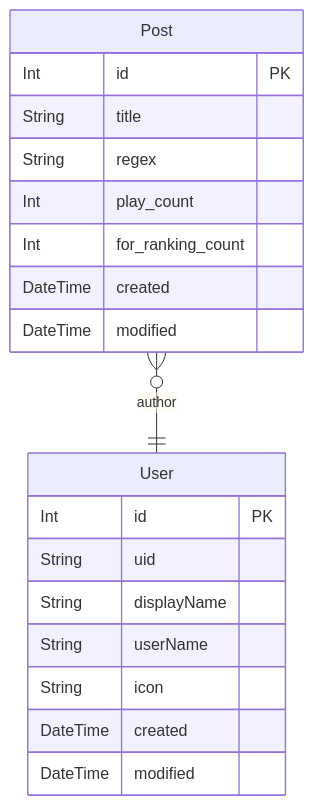
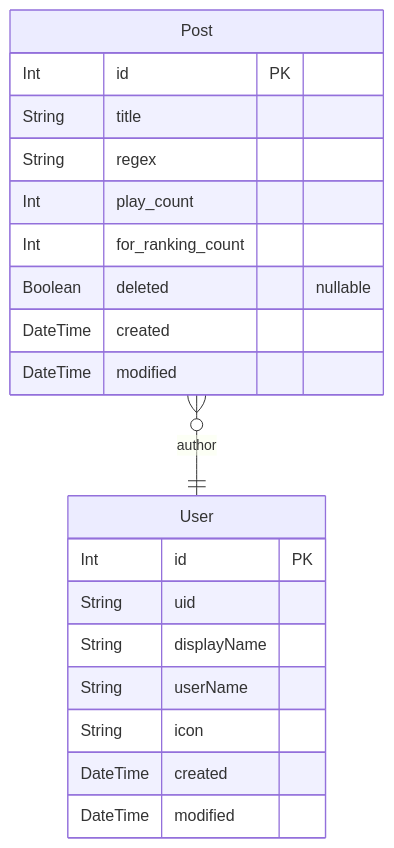
Before and after one commit to koluriri/Regech: the diagram in prisma/ERD.md, drawn with Mermaid. The commit also changed 21 other files, not shown here.

````diff
--- a/prisma/ERD.md
+++ b/prisma/ERD.md
@@ -1,26 +1,27 @@
 ```mermaid
 erDiagram
 
   User {
     Int id PK 
     String uid  
     String displayName  
     String userName  
     String icon  
     DateTime created  
     DateTime modified  
     }
   
 
   Post {
     Int id PK 
     String title  
     String regex  
     Int play_count  
     Int for_ranking_count  
+    Boolean deleted  "nullable"
     DateTime created  
     DateTime modified  
     }
   
     Post o{--|| User : "author"
 ```
````
